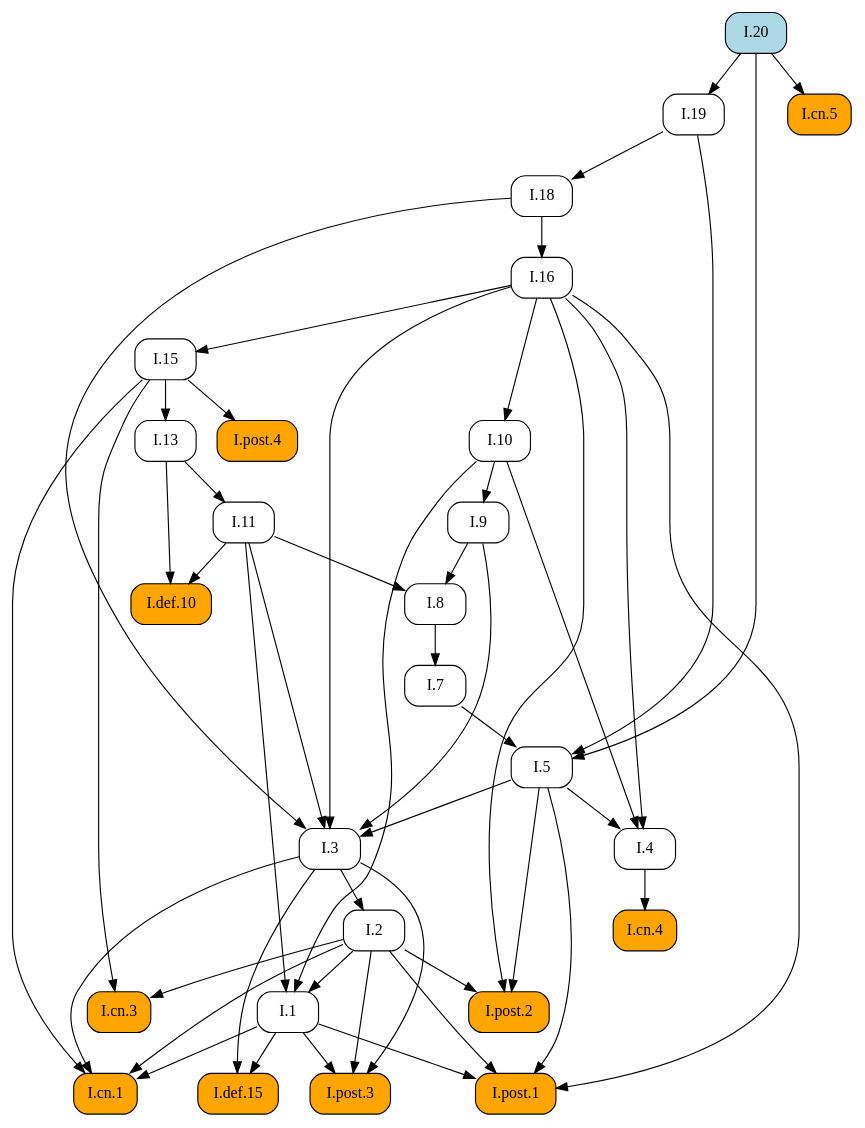
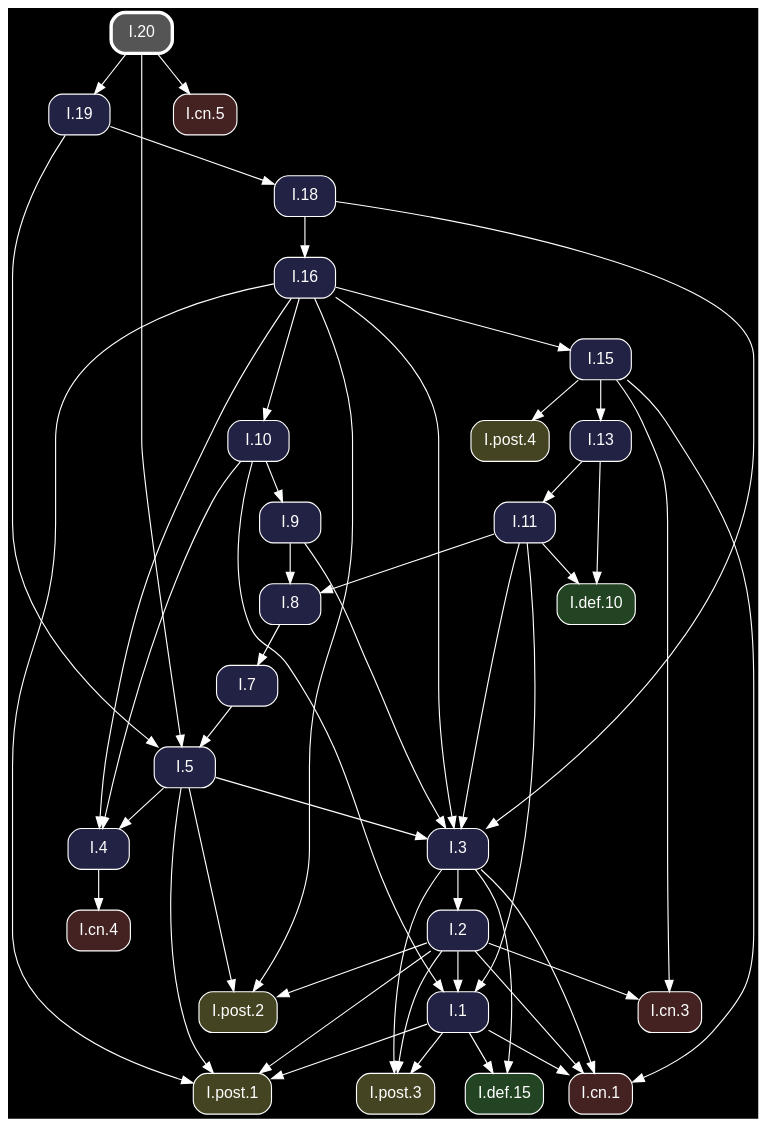
One commit to geometor/elements changed the diagram in docsrc/heath/I/20/index.rst. Above: the diagram before and after it, drawn with Graphviz. The commit also changed other lines of this file and 1200 other files, not shown here.

Commit message:
update dependency graphs

```diff
--- a/docsrc/heath/I/20/index.rst
+++ b/docsrc/heath/I/20/index.rst
@@ -55,81 +55,83 @@
 .. graphviz::
 
    digraph {
+     bgcolor="black";
+     node [shape=box, style="rounded,filled", fontname="Helvetica", color="white", fontcolor="white"];
+     edge [color="white", fontcolor="white"];
      rankdir="TB";
-     node [shape=box, style=rounded];
-     "I.9" [URL="/heath/I/9/", target="_top"];
-     "I.cn.1" [style="rounded,filled", fillcolor=orange, URL="/heath/I/cn.1/", target="_top"];
-     "I.7" [URL="/heath/I/7/", target="_top"];
-     "I.2" [URL="/heath/I/2/", target="_top"];
-     "I.def.15" [style="rounded,filled", fillcolor=orange, URL="/heath/I/def.15/", target="_top"];
-     "I.13" [URL="/heath/I/13/", target="_top"];
-     "I.post.4" [style="rounded,filled", fillcolor=orange, URL="/heath/I/post.4/", target="_top"];
-     "I.4" [URL="/heath/I/4/", target="_top"];
-     "I.1" [URL="/heath/I/1/", target="_top"];
-     "I.post.3" [style="rounded,filled", fillcolor=orange, URL="/heath/I/post.3/", target="_top"];
-     "I.post.1" [style="rounded,filled", fillcolor=orange, URL="/heath/I/post.1/", target="_top"];
-     "I.5" [URL="/heath/I/5/", target="_top"];
-     "I.19" [URL="/heath/I/19/", target="_top"];
-     "I.8" [URL="/heath/I/8/", target="_top"];
-     "I.cn.3" [style="rounded,filled", fillcolor=orange, URL="/heath/I/cn.3/", target="_top"];
-     "I.16" [URL="/heath/I/16/", target="_top"];
-     "I.20" [style="rounded,filled", fillcolor=lightblue, URL="/heath/I/20/", target="_top"];
-     "I.def.10" [style="rounded,filled", fillcolor=orange, URL="/heath/I/def.10/", target="_top"];
-     "I.18" [URL="/heath/I/18/", target="_top"];
-     "I.15" [URL="/heath/I/15/", target="_top"];
-     "I.10" [URL="/heath/I/10/", target="_top"];
-     "I.11" [URL="/heath/I/11/", target="_top"];
-     "I.cn.4" [style="rounded,filled", fillcolor=orange, URL="/heath/I/cn.4/", target="_top"];
-     "I.post.2" [style="rounded,filled", fillcolor=orange, URL="/heath/I/post.2/", target="_top"];
-     "I.cn.5" [style="rounded,filled", fillcolor=orange, URL="/heath/I/cn.5/", target="_top"];
-     "I.3" [URL="/heath/I/3/", target="_top"];
-     "I.10" -> "I.9";
-     "I.1" -> "I.cn.1";
-     "I.2" -> "I.cn.1";
-     "I.3" -> "I.cn.1";
-     "I.15" -> "I.cn.1";
-     "I.8" -> "I.7";
-     "I.3" -> "I.2";
-     "I.1" -> "I.def.15";
-     "I.3" -> "I.def.15";
-     "I.15" -> "I.13";
-     "I.15" -> "I.post.4";
-     "I.5" -> "I.4";
-     "I.10" -> "I.4";
-     "I.16" -> "I.4";
-     "I.2" -> "I.1";
-     "I.10" -> "I.1";
-     "I.11" -> "I.1";
-     "I.1" -> "I.post.3";
-     "I.2" -> "I.post.3";
-     "I.3" -> "I.post.3";
-     "I.1" -> "I.post.1";
-     "I.2" -> "I.post.1";
-     "I.5" -> "I.post.1";
-     "I.16" -> "I.post.1";
-     "I.7" -> "I.5";
-     "I.19" -> "I.5";
-     "I.20" -> "I.5";
-     "I.20" -> "I.19";
-     "I.9" -> "I.8";
-     "I.11" -> "I.8";
-     "I.2" -> "I.cn.3";
-     "I.15" -> "I.cn.3";
-     "I.18" -> "I.16";
-     "I.11" -> "I.def.10";
-     "I.13" -> "I.def.10";
-     "I.19" -> "I.18";
-     "I.16" -> "I.15";
-     "I.16" -> "I.10";
-     "I.13" -> "I.11";
-     "I.4" -> "I.cn.4";
-     "I.2" -> "I.post.2";
-     "I.5" -> "I.post.2";
-     "I.16" -> "I.post.2";
-     "I.20" -> "I.cn.5";
+     "I.3" [fillcolor="#222244", URL="/heath/I/3/", target="_top"];
+     "I.post.1" [fillcolor="#444422", URL="/heath/I/post.1/", target="_top"];
+     "I.cn.1" [fillcolor="#442222", URL="/heath/I/cn.1/", target="_top"];
+     "I.19" [fillcolor="#222244", URL="/heath/I/19/", target="_top"];
+     "I.def.10" [fillcolor="#224422", URL="/heath/I/def.10/", target="_top"];
+     "I.15" [fillcolor="#222244", URL="/heath/I/15/", target="_top"];
+     "I.11" [fillcolor="#222244", URL="/heath/I/11/", target="_top"];
+     "I.16" [fillcolor="#222244", URL="/heath/I/16/", target="_top"];
+     "I.cn.5" [fillcolor="#442222", URL="/heath/I/cn.5/", target="_top"];
+     "I.13" [fillcolor="#222244", URL="/heath/I/13/", target="_top"];
+     "I.cn.3" [fillcolor="#442222", URL="/heath/I/cn.3/", target="_top"];
+     "I.2" [fillcolor="#222244", URL="/heath/I/2/", target="_top"];
+     "I.post.2" [fillcolor="#444422", URL="/heath/I/post.2/", target="_top"];
+     "I.cn.4" [fillcolor="#442222", URL="/heath/I/cn.4/", target="_top"];
+     "I.9" [fillcolor="#222244", URL="/heath/I/9/", target="_top"];
+     "I.1" [fillcolor="#222244", URL="/heath/I/1/", target="_top"];
+     "I.post.4" [fillcolor="#444422", URL="/heath/I/post.4/", target="_top"];
+     "I.8" [fillcolor="#222244", URL="/heath/I/8/", target="_top"];
+     "I.4" [fillcolor="#222244", URL="/heath/I/4/", target="_top"];
+     "I.post.3" [fillcolor="#444422", URL="/heath/I/post.3/", target="_top"];
+     "I.18" [fillcolor="#222244", URL="/heath/I/18/", target="_top"];
+     "I.7" [fillcolor="#222244", URL="/heath/I/7/", target="_top"];
+     "I.def.15" [fillcolor="#224422", URL="/heath/I/def.15/", target="_top"];
+     "I.5" [fillcolor="#222244", URL="/heath/I/5/", target="_top"];
+     "I.20" [penwidth=3, color="white", fillcolor="#555555", URL="/heath/I/20/", target="_top"];
+     "I.10" [fillcolor="#222244", URL="/heath/I/10/", target="_top"];
      "I.5" -> "I.3";
      "I.9" -> "I.3";
      "I.11" -> "I.3";
      "I.16" -> "I.3";
      "I.18" -> "I.3";
+     "I.1" -> "I.post.1";
+     "I.2" -> "I.post.1";
+     "I.5" -> "I.post.1";
+     "I.16" -> "I.post.1";
+     "I.1" -> "I.cn.1";
+     "I.2" -> "I.cn.1";
+     "I.3" -> "I.cn.1";
+     "I.15" -> "I.cn.1";
+     "I.20" -> "I.19";
+     "I.11" -> "I.def.10";
+     "I.13" -> "I.def.10";
+     "I.16" -> "I.15";
+     "I.13" -> "I.11";
+     "I.18" -> "I.16";
+     "I.20" -> "I.cn.5";
+     "I.15" -> "I.13";
+     "I.2" -> "I.cn.3";
+     "I.15" -> "I.cn.3";
+     "I.3" -> "I.2";
+     "I.2" -> "I.post.2";
+     "I.5" -> "I.post.2";
+     "I.16" -> "I.post.2";
+     "I.4" -> "I.cn.4";
+     "I.10" -> "I.9";
+     "I.2" -> "I.1";
+     "I.10" -> "I.1";
+     "I.11" -> "I.1";
+     "I.15" -> "I.post.4";
+     "I.9" -> "I.8";
+     "I.11" -> "I.8";
+     "I.5" -> "I.4";
+     "I.10" -> "I.4";
+     "I.16" -> "I.4";
+     "I.1" -> "I.post.3";
+     "I.2" -> "I.post.3";
+     "I.3" -> "I.post.3";
+     "I.19" -> "I.18";
+     "I.8" -> "I.7";
+     "I.1" -> "I.def.15";
+     "I.3" -> "I.def.15";
+     "I.7" -> "I.5";
+     "I.19" -> "I.5";
+     "I.20" -> "I.5";
+     "I.16" -> "I.10";
    }
```
